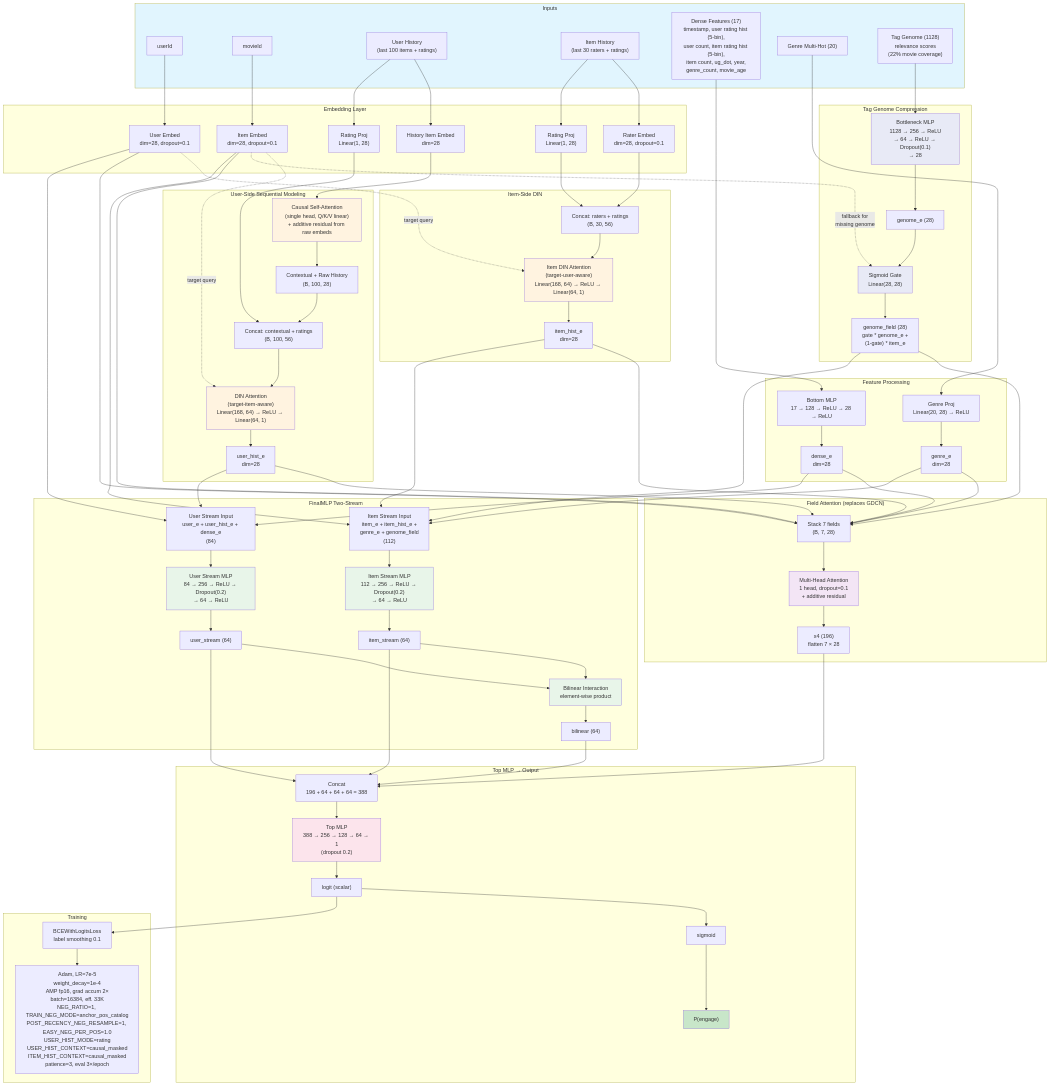
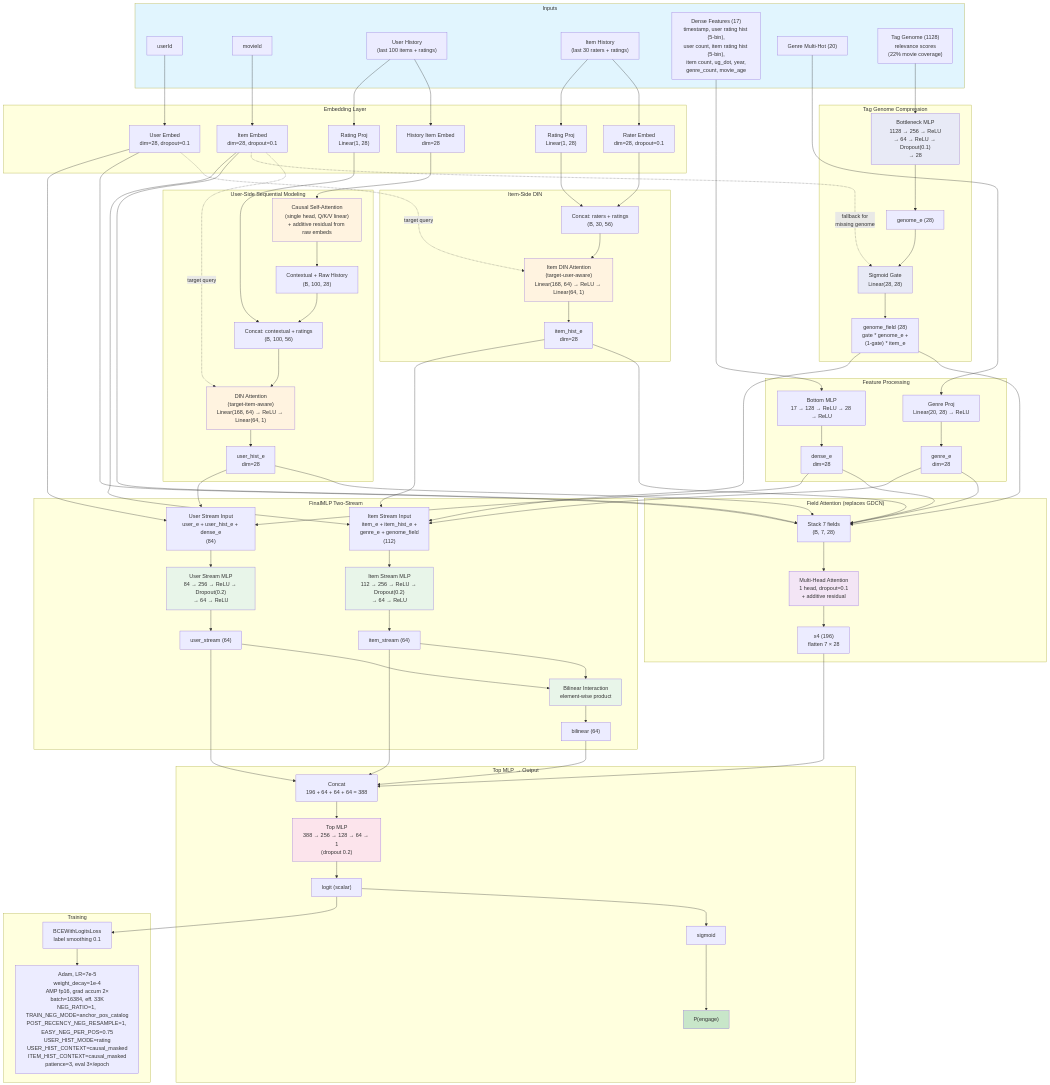
One commit to thuningxu/movielens changed the second of 2 diagrams in README.md. Above: the diagram before and after it, drawn with Mermaid. The commit also changed 3 other files, not shown here.

Commit message:
Lower post-recency easy negative density

```diff
--- a/README.md
+++ b/README.md
@@ -133,7 +133,7 @@
 
     subgraph "Training"
         LOGIT --> LOSS["BCEWithLogitsLoss<br/>label smoothing 0.1"]
-        LOSS --> OPT["Adam, LR=7e-5<br/>weight_decay=1e-4<br/>AMP fp16, grad accum 2×<br/>batch=16384, eff. 33K<br/>NEG_RATIO=1, TRAIN_NEG_MODE=anchor_pos_catalog<br/>POST_RECENCY_NEG_RESAMPLE=1, EASY_NEG_PER_POS=1.0<br/>USER_HIST_MODE=rating<br/>USER_HIST_CONTEXT=causal_masked<br/>ITEM_HIST_CONTEXT=causal_masked<br/>patience=3, eval 3×/epoch"]
+        LOSS --> OPT["Adam, LR=7e-5<br/>weight_decay=1e-4<br/>AMP fp16, grad accum 2×<br/>batch=16384, eff. 33K<br/>NEG_RATIO=1, TRAIN_NEG_MODE=anchor_pos_catalog<br/>POST_RECENCY_NEG_RESAMPLE=1, EASY_NEG_PER_POS=0.75<br/>USER_HIST_MODE=rating<br/>USER_HIST_CONTEXT=causal_masked<br/>ITEM_HIST_CONTEXT=causal_masked<br/>patience=3, eval 3×/epoch"]
     end
 
     style Inputs fill:#e1f5fe
```
